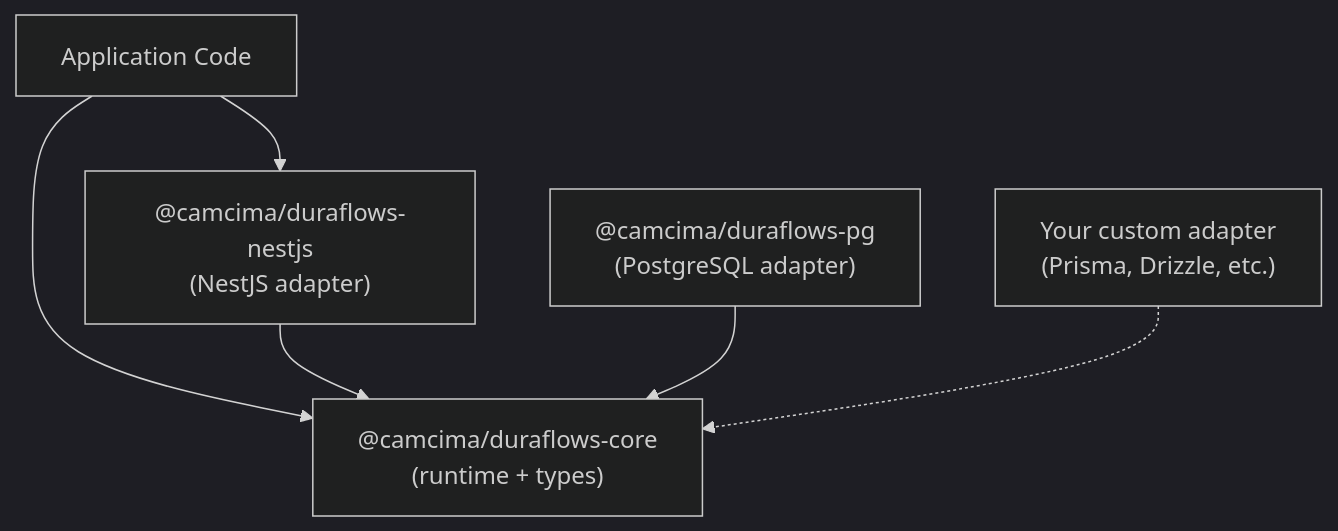
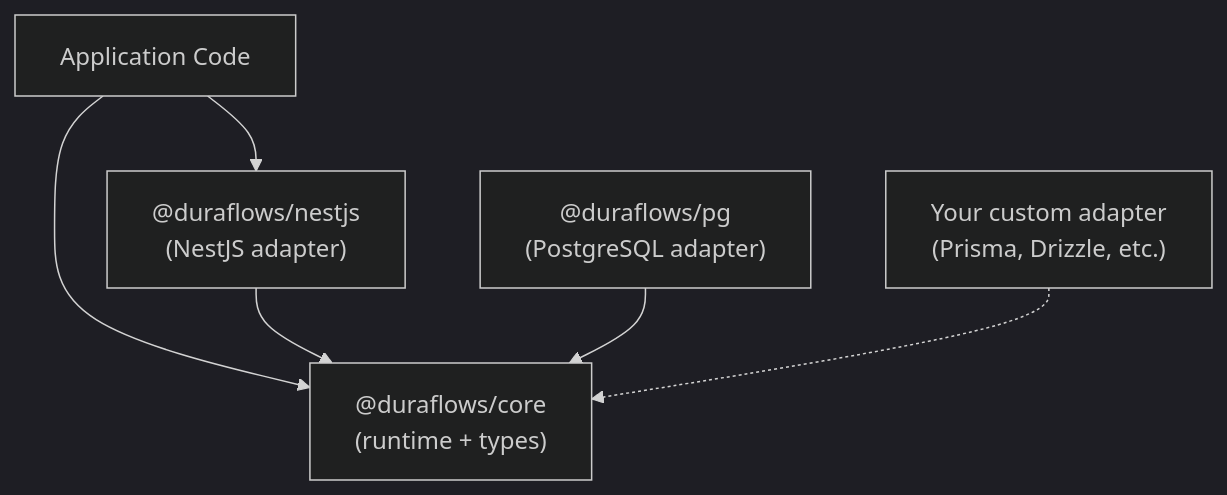
One commit to camcima/duraflows changed the diagram in README.md. Above: the diagram before and after it, drawn with Mermaid (dark theme). The commit also changed other lines of this file and 33 other files, not shown here.

First line of the commit message:
Rename npm scope from @camcima to @duraflows

````diff
--- a/README.md
+++ b/README.md
@@ -292,8 +292,8 @@
 ```mermaid
 graph TD
-    App[Application Code] --> NestJS["@camcima/duraflows-nestjs<br/>(NestJS adapter)"]
-    App --> Core["@camcima/duraflows-core<br/>(runtime + types)"]
+    App[Application Code] --> NestJS["@duraflows/nestjs<br/>(NestJS adapter)"]
+    App --> Core["@duraflows/core<br/>(runtime + types)"]
     NestJS --> Core
-    PG["@camcima/duraflows-pg<br/>(PostgreSQL adapter)"] --> Core
+    PG["@duraflows/pg<br/>(PostgreSQL adapter)"] --> Core
     Custom["Your custom adapter<br/>(Prisma, Drizzle, etc.)"] -.-> Core
 ```
````
